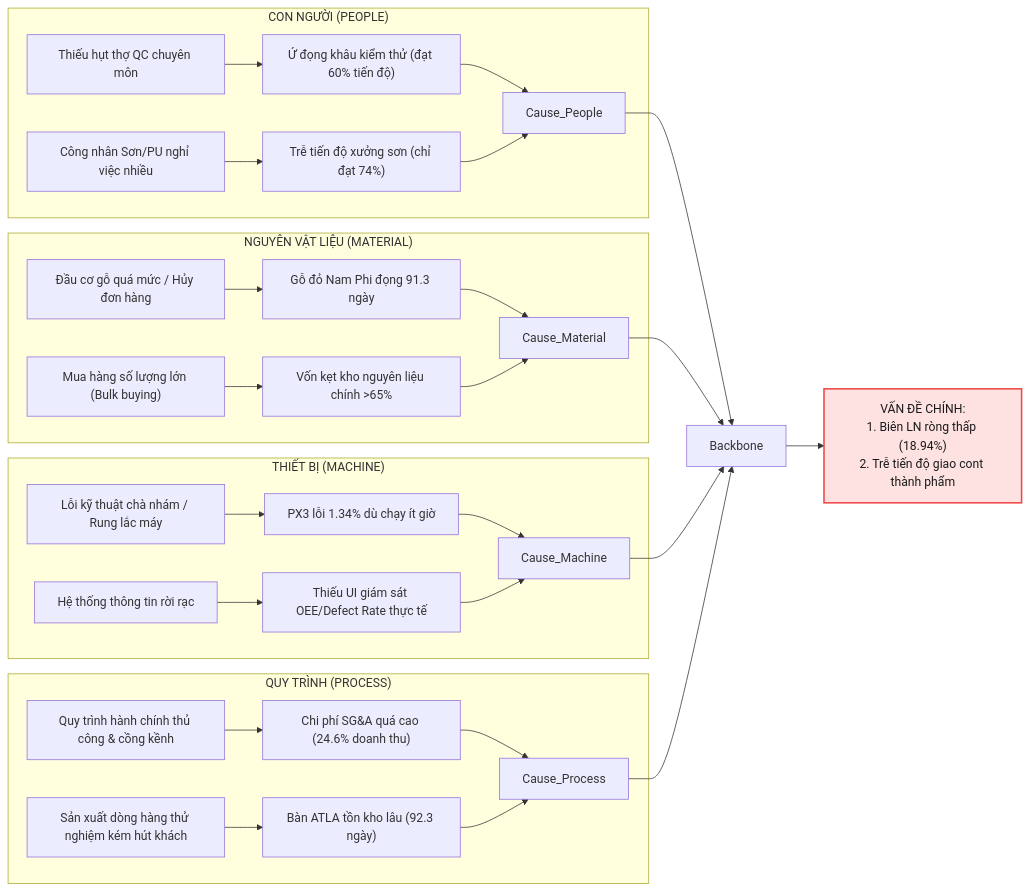
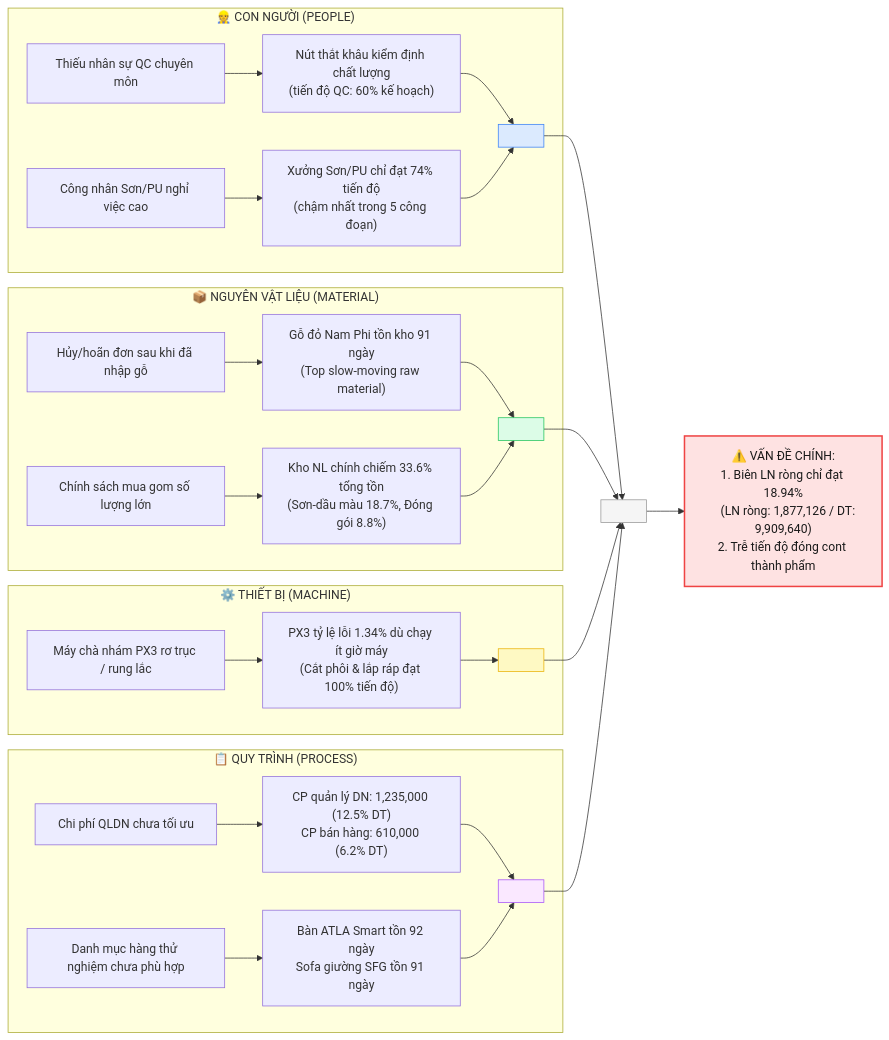
The first of 2 diagrams in README_VI.md (BachNguyen2kx/verp-dashboard), drawn with Mermaid before and after one commit. The commit also changed other lines of this file and 1 other file, not shown here.

Commit message:
refactor: rebuild Fishbone diagram & analysis to match actual dashboard data (June 2026 P&L, warehouse pie, slow-moving products)

````diff
--- a/README_VI.md
+++ b/README_VI.md
@@ -87,39 +89,42 @@
 ```mermaid
 graph LR
-    subgraph PEOPLE ["CON NGƯỜI (PEOPLE)"]
-        P1["Thiếu hụt thợ QC chuyên môn"] --> P1_Detail["Ứ đọng khâu kiểm thử (đạt 60% tiến độ)"]
-        P2["Công nhân Sơn/PU nghỉ việc nhiều"] --> P2_Detail["Trễ tiến độ xưởng sơn (chỉ đạt 74%)"]
-        P1_Detail --> Cause_People
+    subgraph PEOPLE ["👷 CON NGƯỜI (PEOPLE)"]
+        P1["Thiếu nhân sự QC chuyên môn"] --> P1_Detail["Nút thắt khâu kiểm định chất lượng<br>(tiến độ QC: 60% kế hoạch)"]
+        P2["Công nhân Sơn/PU nghỉ việc cao"] --> P2_Detail["Xưởng Sơn/PU chỉ đạt 74% tiến độ<br>(chậm nhất trong 5 công đoạn)"]
+        P1_Detail --> Cause_People[" "]
         P2_Detail --> Cause_People
     end
-    
-    subgraph MATERIAL ["NGUYÊN VẬT LIỆU (MATERIAL)"]
-        M1["Đầu cơ gỗ quá mức / Hủy đơn hàng"] --> M1_Detail["Gỗ đỏ Nam Phi đọng 91.3 ngày"]
-        M2["Mua hàng số lượng lớn (Bulk buying)"] --> M2_Detail["Vốn kẹt kho nguyên liệu chính >65%"]
-        M1_Detail --> Cause_Material
+
+    subgraph MATERIAL ["📦 NGUYÊN VẬT LIỆU (MATERIAL)"]
+        M1["Hủy/hoãn đơn sau khi đã nhập gỗ"] --> M1_Detail["Gỗ đỏ Nam Phi tồn kho 91 ngày<br>(Top slow-moving raw material)"]
+        M2["Chính sách mua gom số lượng lớn"] --> M2_Detail["Kho NL chính chiếm 33.6% tổng tồn<br>(Sơn-dầu màu 18.7%, Đóng gói 8.8%)"]
+        M1_Detail --> Cause_Material[" "]
         M2_Detail --> Cause_Material
     end
-    
-    subgraph MACHINE ["THIẾT BỊ (MACHINE)"]
-        MC1["Lỗi kỹ thuật chà nhám / Rung lắc máy"] --> MC1_Detail["PX3 lỗi 1.34% dù chạy ít giờ"]
-        MC2["Hệ thống thông tin rời rạc"] --> MC2_Detail["Thiếu UI giám sát OEE/Defect Rate thực tế"]
-        MC1_Detail --> Cause_Machine
-        MC2_Detail --> Cause_Machine
+
+    subgraph MACHINE ["⚙️ THIẾT BỊ (MACHINE)"]
+        MC1["Máy chà nhám PX3 rơ trục / rung lắc"] --> MC1_Detail["PX3 tỷ lệ lỗi 1.34% dù chạy ít giờ máy<br>(Cắt phôi & lắp ráp đạt 100% tiến độ)"]
+        MC1_Detail --> Cause_Machine[" "]
     end
-    
-    subgraph PROCESS ["QUY TRÌNH (PROCESS)"]
-        PR1["Quy trình hành chính thủ công & cồng kềnh"] --> PR1_Detail["Chi phí SG&A quá cao (24.6% doanh thu)"]
-        PR2["Sản xuất dòng hàng thử nghiệm kém hút khách"] --> PR2_Detail["Bàn ATLA tồn kho lâu (92.3 ngày)"]
-        PR1_Detail --> Cause_Process
+
+    subgraph PROCESS ["📋 QUY TRÌNH (PROCESS)"]
+        PR1["Chi phí QLDN chưa tối ưu"] --> PR1_Detail["CP quản lý DN: 1,235,000 (12.5% DT)<br>CP bán hàng: 610,000 (6.2% DT)"]
+        PR2["Danh mục hàng thử nghiệm chưa phù hợp"] --> PR2_Detail["Bàn ATLA Smart tồn 92 ngày<br>Sofa giường SFG tồn 91 ngày"]
+        PR1_Detail --> Cause_Process[" "]
         PR2_Detail --> Cause_Process
     end
 
-    Cause_People --> Backbone
+    Cause_People --> Backbone[" "]
     Cause_Material --> Backbone
     Cause_Machine --> Backbone
     Cause_Process --> Backbone
-    
-    Backbone --> Problem["VẤN ĐỀ CHÍNH:<br>1. Biên LN ròng thấp (18.94%)<br>2. Trễ tiến độ giao cont thành phẩm"]
-    
+
+    Backbone --> Problem["⚠️ VẤN ĐỀ CHÍNH:<br>1. Biên LN ròng chỉ đạt 18.94%<br>    (LN ròng: 1,877,126 / DT: 9,909,640)<br>2. Trễ tiến độ đóng cont thành phẩm"]
+
     style Problem fill:#fee2e2,stroke:#ef4444,stroke-width:2px,color:#1a1a1a;
+    style Backbone fill:#f5f5f5,stroke:#999,color:#f5f5f5;
+    style Cause_People fill:#dbeafe,stroke:#3b82f6,color:#dbeafe;
+    style Cause_Material fill:#dcfce7,stroke:#22c55e,color:#dcfce7;
+    style Cause_Machine fill:#fef9c3,stroke:#eab308,color:#fef9c3;
+    style Cause_Process fill:#fae8ff,stroke:#a855f7,color:#fae8ff;
 ```
````
